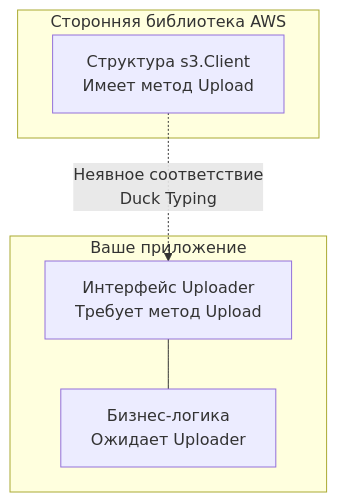
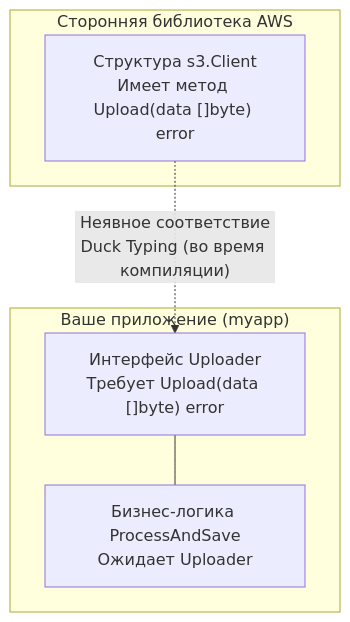
Before and after one commit to UnrealTemplier/go-textbook: the first of 2 diagrams in sources/5. Учебник по Go (Основы и синтаксис)/23. Интерфейсы. Полиморфизм по-goшному.md, drawn with Mermaid. The commit also changed other lines of this file, not shown here.

````diff
--- a/sources/5. Учебник по Go (Основы и синтаксис)/23. Интерфейсы. Полиморфизм по-goшному.md
+++ b/sources/5. Учебник по Go (Основы и синтаксис)/23. Интерфейсы. Полиморфизм по-goшному.md
@@ -35,14 +36,14 @@
 ```mermaid
 flowchart TD
     subgraph ThirdParty["Сторонняя библиотека AWS"]
-        S3["Структура s3.Client<br>Имеет метод Upload"]
+        S3["Структура s3.Client<br/>Имеет метод Upload(data []byte) error"]
     end
 
-    subgraph YourApp["Ваше приложение"]
-        IF["Интерфейс Uploader<br>Требует метод Upload"]
-        Logic["Бизнес-логика<br>Ожидает Uploader"]
+    subgraph YourApp["Ваше приложение (myapp)"]
+        IF["Интерфейс Uploader<br/>Требует Upload(data []byte) error"]
+        Logic["Бизнес-логика ProcessAndSave<br/>Ожидает Uploader"]
     end
 
-    S3 -.->|"Неявное соответствие<br>Duck Typing"| IF
+    S3 -.->|"Неявное соответствие<br/>Duck Typing (во время компиляции)"| IF
     IF --- Logic
 ```
````
